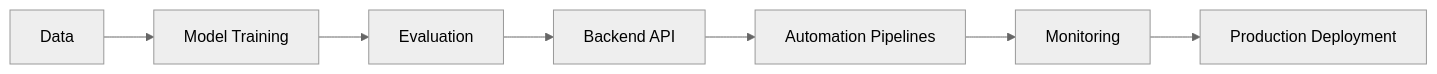
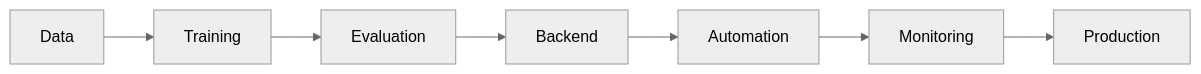
Before and after one commit to sivarajv04/sivarajv04: the first of 5 diagrams in README.md, drawn with Mermaid (neutral theme). The commit also changed other lines of this file, not shown here.

`````diff
--- a/README.md
+++ b/README.md
@@ -46,9 +57,10 @@
 ```mermaid
 flowchart LR
-A[Data] --> B[Model Training]
-B --> C[Evaluation]
-C --> D[Backend API]
-D --> E[Automation Pipelines]
-E --> F[Monitoring]
-F --> G[Production Deployment]
-```
+
+Data --> Training
+Training --> Evaluation
+Evaluation --> Backend
+Backend --> Automation
+Automation --> Monitoring
+Monitoring --> Production
+````
`````
